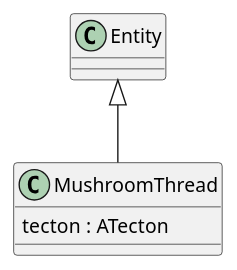
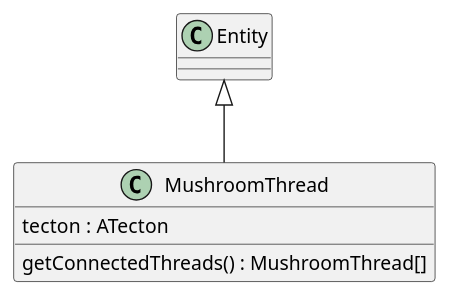
One commit to Petya-G/fungorium changed the diagram in 3/classes/mushroomThread.puml. Above: the diagram before and after it, drawn with PlantUML.

Commit message:
added getconnectedthreads

```diff
--- a/3/classes/mushroomThread.puml
+++ b/3/classes/mushroomThread.puml
@@ -1,7 +1,8 @@
 @startuml mushroomThread
 
 Entity <|-- MushroomThread
 class MushroomThread{
     tecton : ATecton
+    getConnectedThreads() : MushroomThread[] 
 }
 @enduml
```
